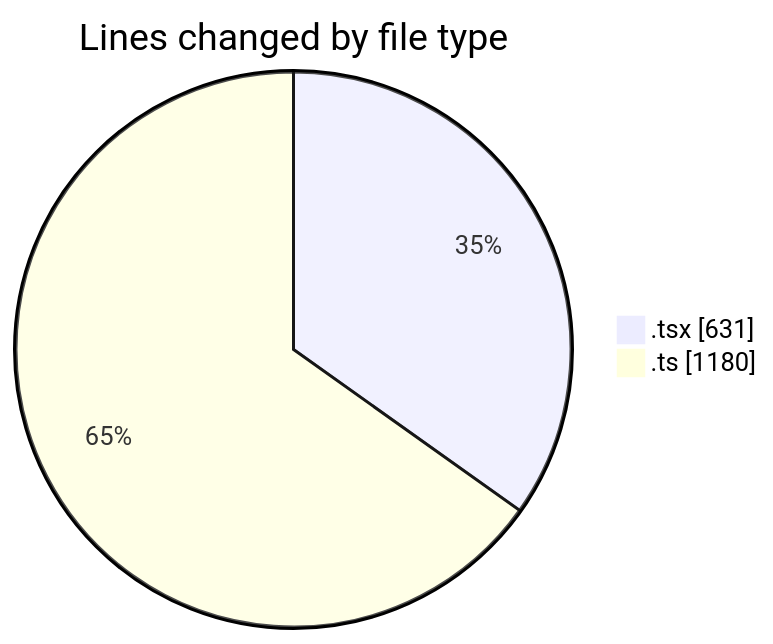
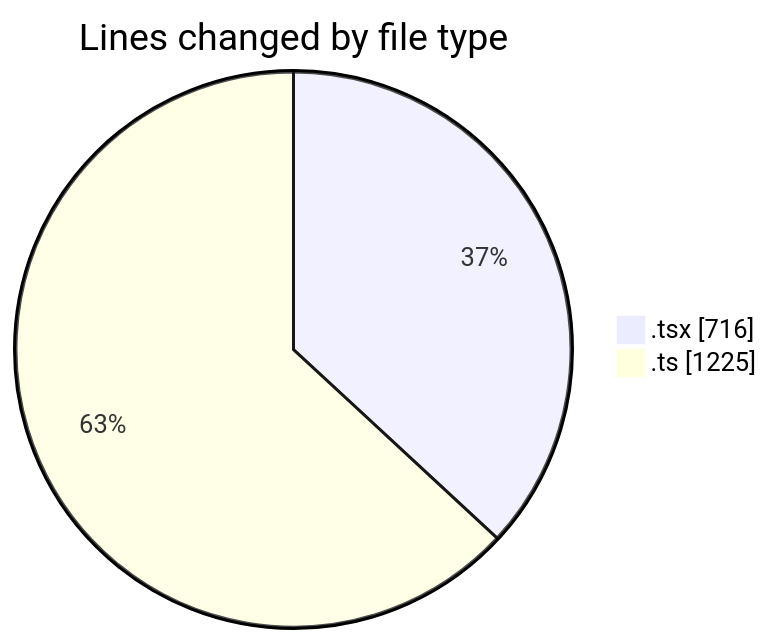
Before and after one commit to julien-gomy/code-tracking: the first of 2 diagrams in 2025-10-20/eventscop-frontend-guide__workspace_/README.md, drawn with Mermaid. The commit also changed other lines of this file and 1 other file, not shown here.

````diff
--- a/2025-10-20/eventscop-frontend-guide__workspace_/README.md
+++ b/2025-10-20/eventscop-frontend-guide__workspace_/README.md
@@ -35,6 +37,6 @@
 ```mermaid
 pie showData
 title Lines changed by file type
-".tsx" : 631
-".ts" : 1180
+".tsx" : 716
+".ts" : 1225
 ```
````
